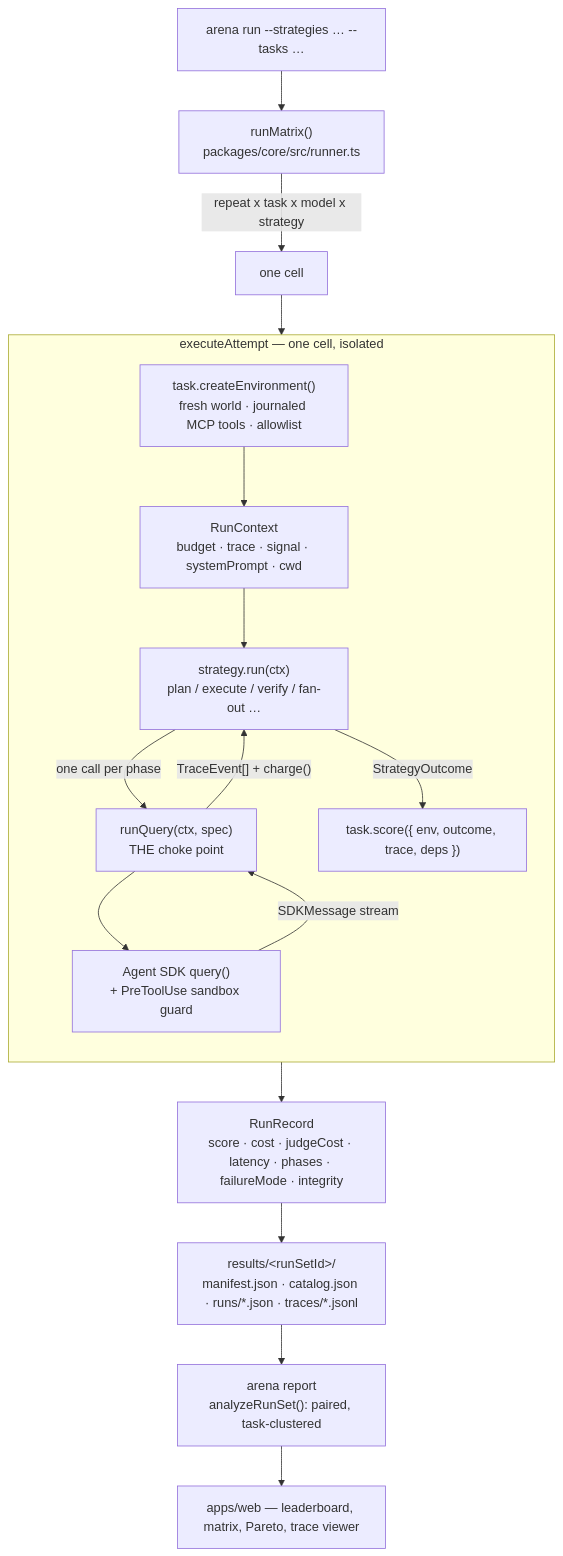
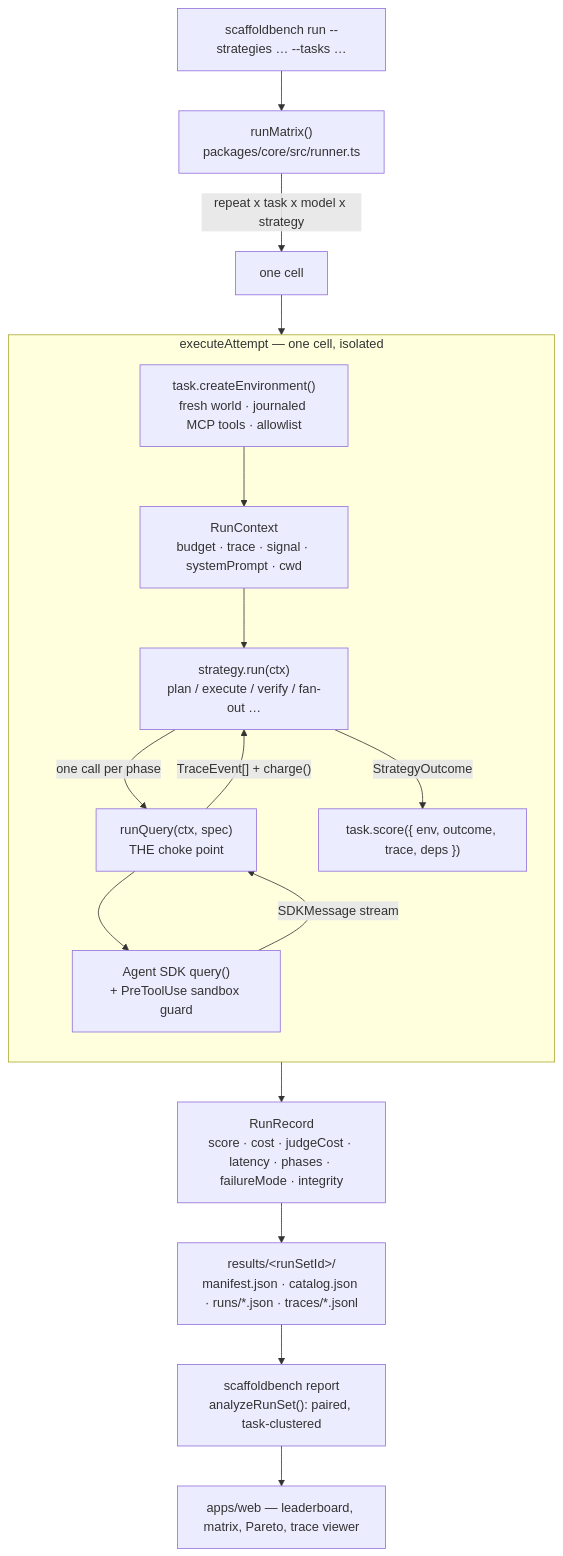
Before and after one commit to emiralpayar/scaffoldbench: the diagram in docs/ARCHITECTURE.md, drawn with Mermaid. The commit also changed other lines of this file and 162 other files, not shown here.

````diff
--- a/docs/ARCHITECTURE.md
+++ b/docs/ARCHITECTURE.md
@@ -13,27 +13,27 @@
 ```mermaid
 flowchart TD
-    CLI["arena run --strategies … --tasks …"] --> RM["runMatrix()<br/>packages/core/src/runner.ts"]
+    CLI["scaffoldbench run --strategies … --tasks …"] --> RM["runMatrix()<br/>packages/core/src/runner.ts"]
     RM -->|"repeat x task x model x strategy"| CELL["one cell"]
 
     subgraph cell ["executeAttempt — one cell, isolated"]
       direction TB
       ENV["task.createEnvironment()<br/>fresh world · journaled MCP tools · allowlist"]
       CTX["RunContext<br/>budget · trace · signal · systemPrompt · cwd"]
       STRAT["strategy.run(ctx)<br/>plan / execute / verify / fan-out …"]
       RQ["runQuery(ctx, spec)<br/>THE choke point"]
       SDK["Agent SDK query()<br/>+ PreToolUse sandbox guard"]
       SCORE["task.score({ env, outcome, trace, deps })"]
       ENV --> CTX --> STRAT
       STRAT -->|one call per phase| RQ
       RQ --> SDK
       SDK -->|SDKMessage stream| RQ
       RQ -->|"TraceEvent[] + charge()"| STRAT
       STRAT -->|StrategyOutcome| SCORE
     end
 
     CELL --> cell
     SCORE --> REC["RunRecord<br/>score · cost · judgeCost · latency · phases · failureMode · integrity"]
     REC --> DISK["results/&lt;runSetId&gt;/<br/>manifest.json · catalog.json · runs/*.json · traces/*.jsonl"]
-    DISK --> REPORT["arena report<br/>analyzeRunSet(): paired, task-clustered"]
+    DISK --> REPORT["scaffoldbench report<br/>analyzeRunSet(): paired, task-clustered"]
     REPORT --> SITE["apps/web — leaderboard, matrix, Pareto, trace viewer"]
 ```
````
